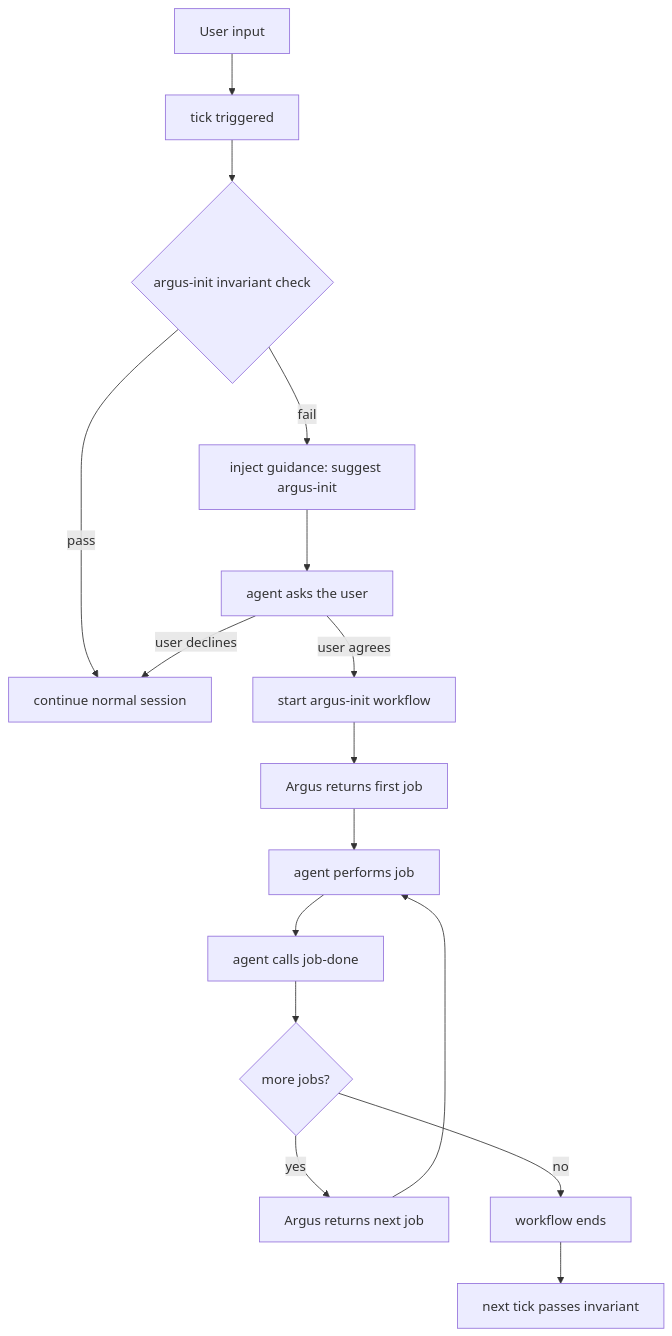
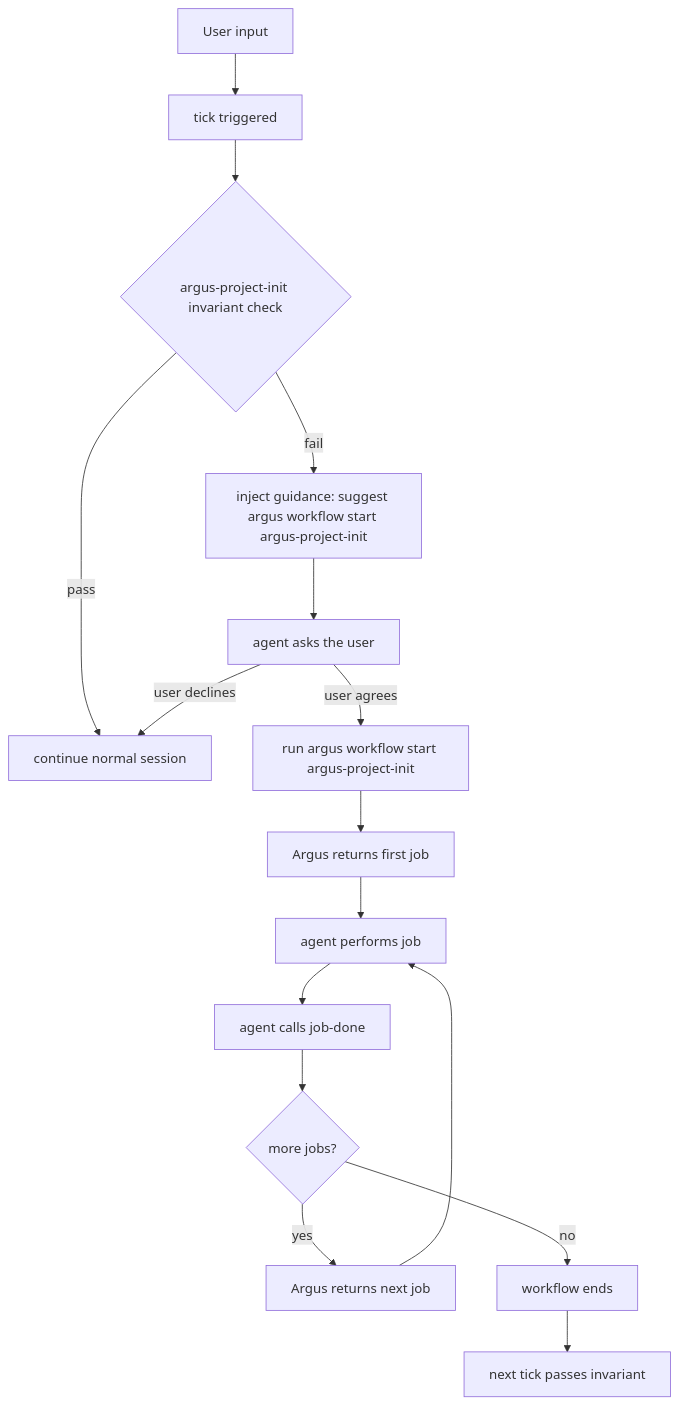
One commit to nextzhou/argus changed the diagram in docs/technical-invariant.md. Above: the diagram before and after it, drawn with Mermaid. The commit also changed other lines of this file and 65 other files, not shown here.

````diff
--- a/docs/technical-invariant.md
+++ b/docs/technical-invariant.md
@@ -335,18 +335,18 @@
 ```mermaid
 graph TD
     A[User input] --> B[tick triggered]
-    B --> C{argus-init invariant check}
+    B --> C{argus-project-init invariant check}
     C -- pass --> D[continue normal session]
-    C -- fail --> E[inject guidance: suggest argus-init]
+    C -- fail --> E[inject guidance: suggest argus workflow start argus-project-init]
     E --> F[agent asks the user]
     F -- user declines --> D
-    F -- user agrees --> G[start argus-init workflow]
+    F -- user agrees --> G[run argus workflow start argus-project-init]
     G --> H[Argus returns first job]
     H --> I[agent performs job]
     I --> J[agent calls job-done]
     J --> K{more jobs?}
     K -- yes --> L[Argus returns next job]
     L --> I
     K -- no --> M[workflow ends]
     M --> N[next tick passes invariant]
 ```
````
